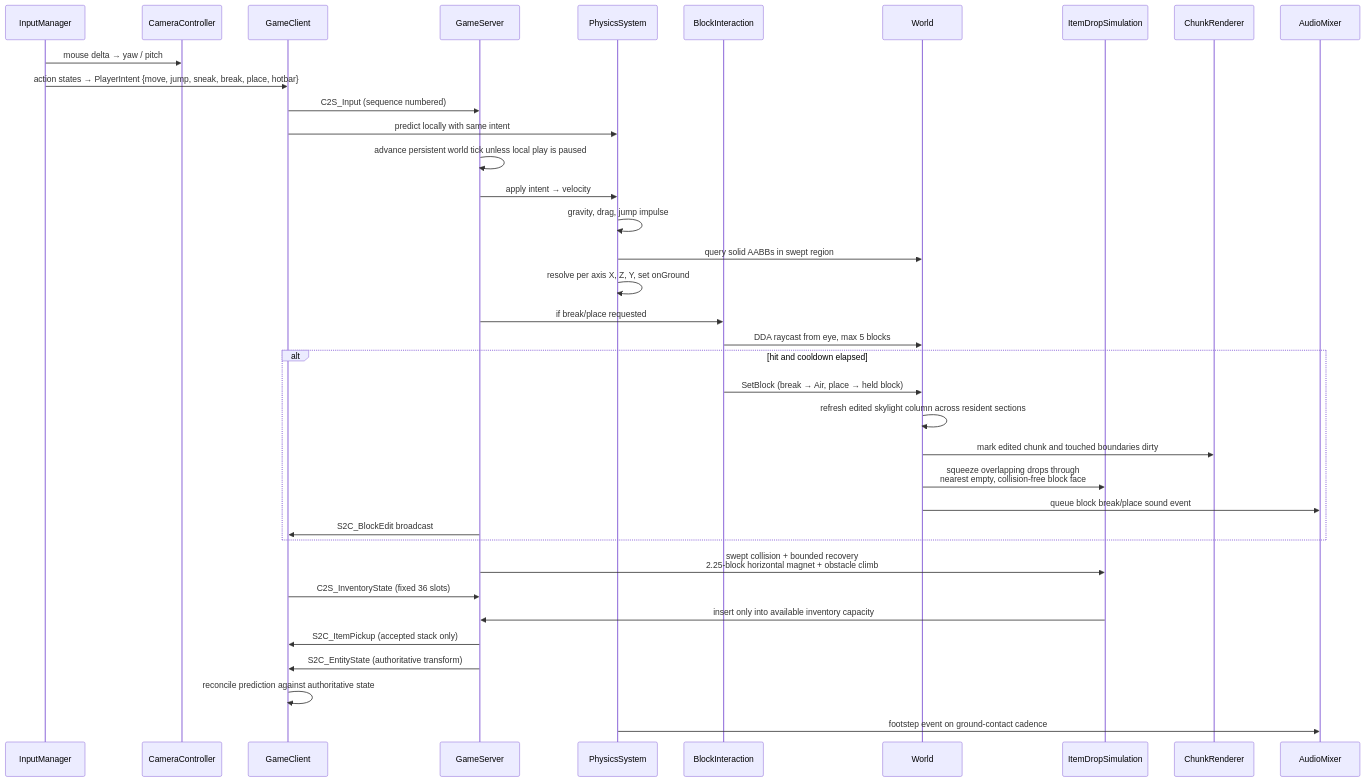
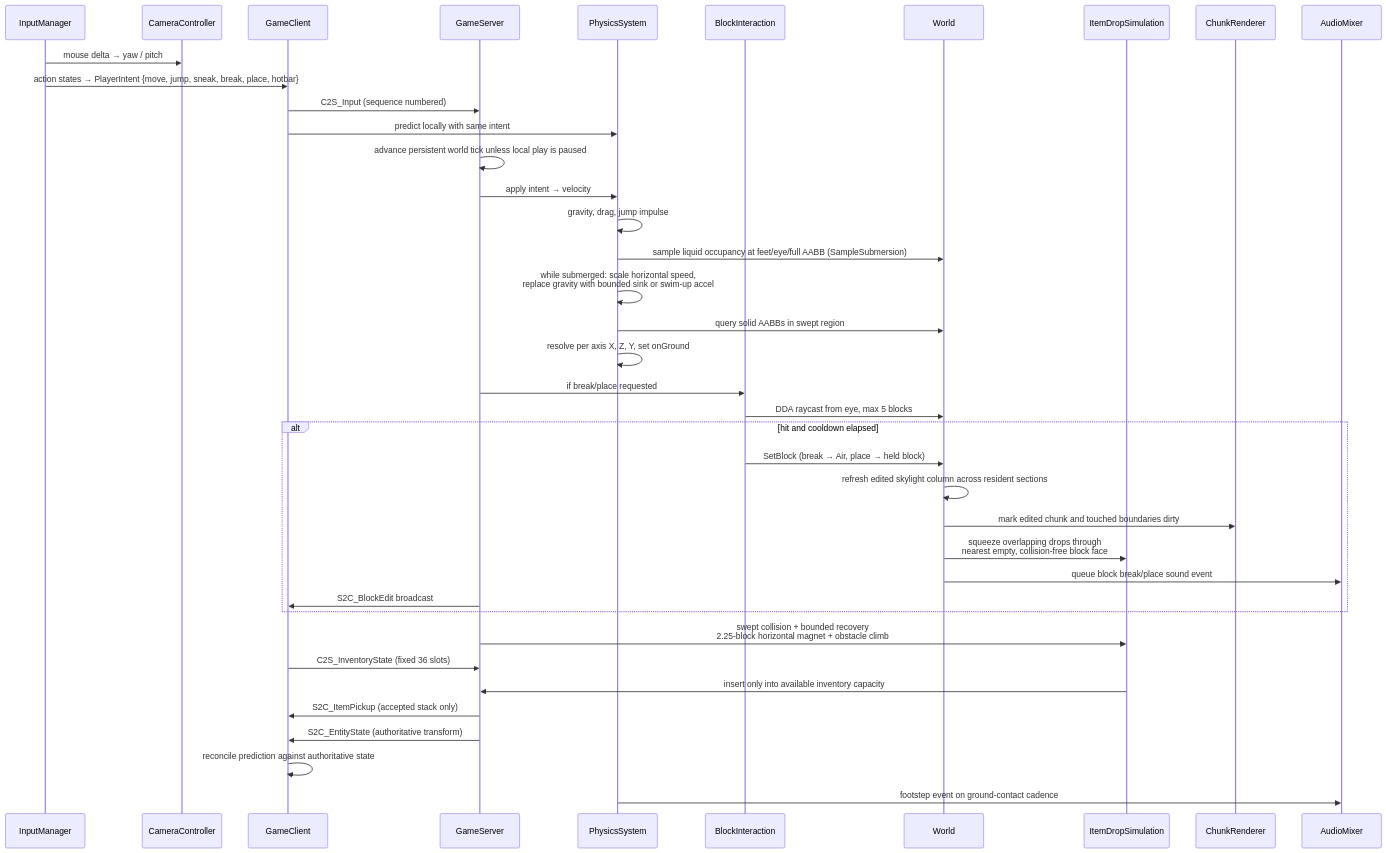
Before and after one commit to GoGurtPrime/voxels: the fifth of 17 diagrams in DIAGRAMS.md, drawn with Mermaid. The commit also changed other lines of this file and 2 other files, not shown here.

````diff
--- a/DIAGRAMS.md
+++ b/DIAGRAMS.md
@@ -257,41 +257,43 @@
 ```mermaid
 sequenceDiagram
     participant Inp as InputManager
     participant Cam as CameraController
     participant Cli as GameClient
     participant Srv as GameServer
     participant Phy as PhysicsSystem
     participant BI as BlockInteraction
     participant W as World
     participant Drop as ItemDropSimulation
     participant CR as ChunkRenderer
     participant Snd as AudioMixer
 
     Inp->>Cam: mouse delta → yaw / pitch
     Inp->>Cli: action states → PlayerIntent {move, jump, sneak, break, place, hotbar}
     Cli->>Srv: C2S_Input (sequence numbered)
     Cli->>Phy: predict locally with same intent
 
     Srv->>Srv: advance persistent world tick unless local play is paused
     Srv->>Phy: apply intent → velocity
     Phy->>Phy: gravity, drag, jump impulse
+    Phy->>W: sample liquid occupancy at feet/eye/full AABB (SampleSubmersion)
+    Phy->>Phy: while submerged: scale horizontal speed,<br/>replace gravity with bounded sink or swim-up accel
     Phy->>W: query solid AABBs in swept region
     Phy->>Phy: resolve per axis X, Z, Y, set onGround
     Srv->>BI: if break/place requested
     BI->>W: DDA raycast from eye, max 5 blocks
     alt hit and cooldown elapsed
         BI->>W: SetBlock (break → Air, place → held block)
         W->>W: refresh edited skylight column across resident sections
         W->>CR: mark edited chunk and touched boundaries dirty
         W->>Drop: squeeze overlapping drops through<br/>nearest empty, collision-free block face
         W->>Snd: queue block break/place sound event
         Srv->>Cli: S2C_BlockEdit broadcast
     end
     Srv->>Drop: swept collision + bounded recovery<br/>2.25-block horizontal magnet + obstacle climb
     Cli->>Srv: C2S_InventoryState (fixed 36 slots)
     Drop->>Srv: insert only into available inventory capacity
     Srv->>Cli: S2C_ItemPickup (accepted stack only)
     Srv->>Cli: S2C_EntityState (authoritative transform)
     Cli->>Cli: reconcile prediction against authoritative state
     Phy->>Snd: footstep event on ground-contact cadence
 ```
````
